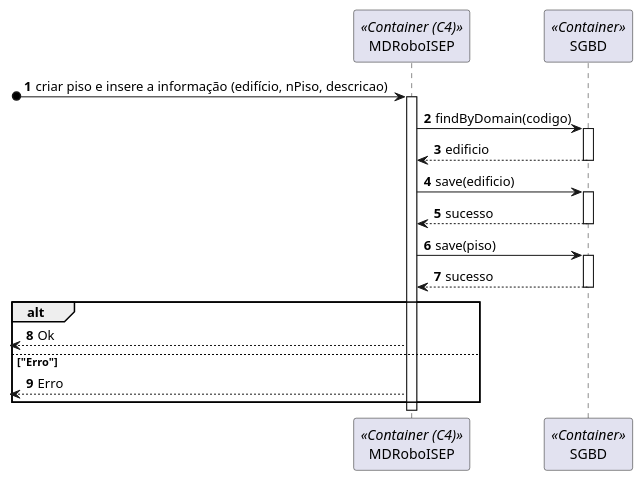
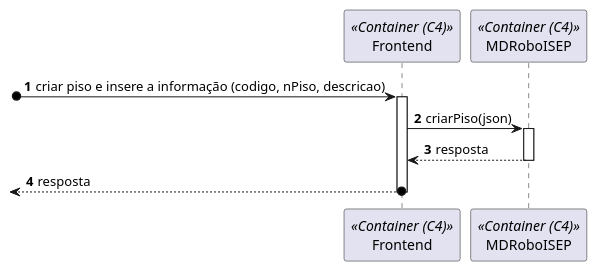
Before and after one commit to SEM5PI2324G58/sem5pi_g58_23_24: the diagram in docs/Sprint_A/US190/N2/US190_VP.puml, drawn with PlantUML. The commit also changed other lines of this file and 9 other files, not shown here.

```diff
--- a/docs/Sprint_A/US190/N2/US190_VP.puml
+++ b/docs/Sprint_A/US190/N2/US190_VP.puml
@@ -1,21 +1,11 @@
 autonumber
 
-participant MDRoboISEP as sistema <<Container (C4)>>
-participant SGBD as sgdb <<Container>>
+participant Frontend as fe <<Container (C4)>>
+participant MDRoboISEP as md <<Container (C4)>>
 
-[o-> sistema: criar piso e insere a informação (edifício, nPiso, descricao)
-activate sistema
-sistema	-> sgdb: findByDomain(codigo)
-activate sgdb
-return edificio
-sistema	-> sgdb: save(edificio)
-activate sgdb
-return sucesso
-sistema	-> sgdb: save(piso)
-activate sgdb
-return sucesso
-alt
-<-- sistema: Ok
-else "Erro"
-<-- sistema: Erro
-end alt
+[o-> fe: criar piso e insere a informação (codigo, nPiso, descricao)
+activate fe
+fe	-> md: criarPiso(json)
+activate md
+return resposta
+return resposta
```
